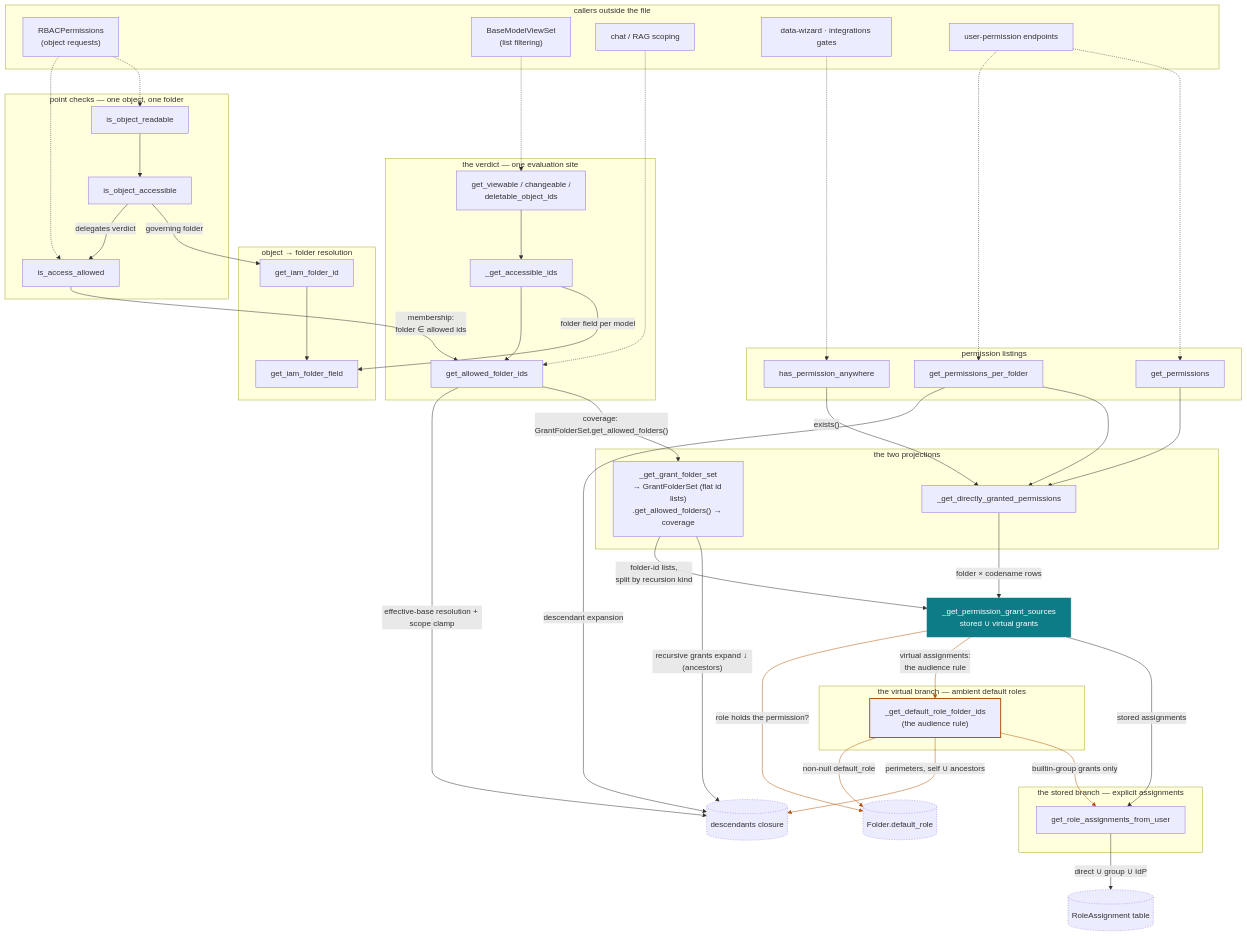
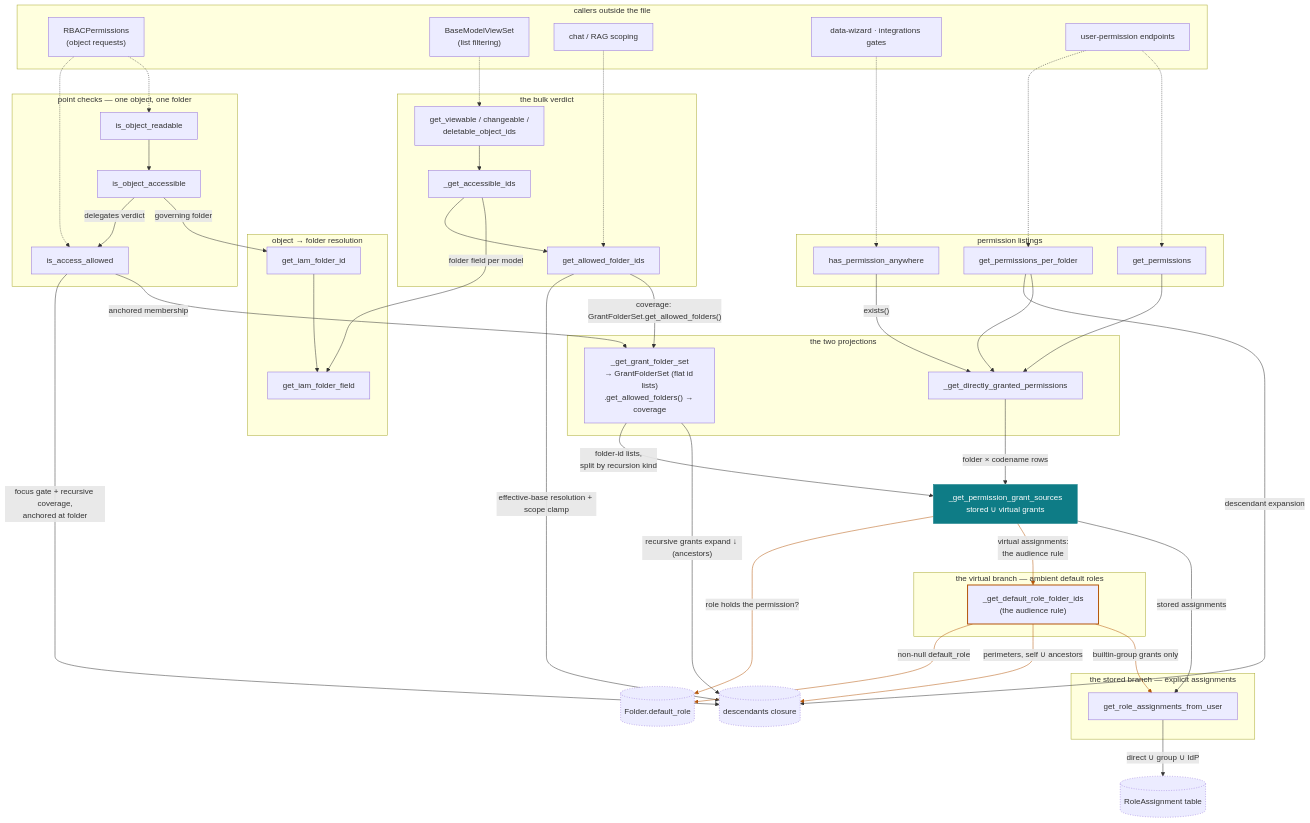
The diagram in documentation/architecture/iam-grant-resolution.md (intuitem/ciso-assistant-community), drawn with Mermaid before and after one commit. The commit also changed other lines of this file and 2 other files, not shown here.

Commit message:
restore the old is_access_allowed algorithm

````diff
--- a/documentation/architecture/iam-grant-resolution.md
+++ b/documentation/architecture/iam-grant-resolution.md
@@ -51,7 +60,7 @@
     GIFF["get_iam_folder_field"]
   end
 
-  subgraph BULK["the verdict — one evaluation site"]
+  subgraph BULK["the bulk verdict"]
     GVOI["get_viewable / changeable /<br/>deletable_object_ids"]
     GAI["_get_accessible_ids"]
     GAFI["get_allowed_folder_ids"]
@@ -94,7 +103,8 @@
   IOA -- "governing folder" --> GIFI
   GIFI --> GIFF
   IOA -- "delegates verdict" --> IAA
-  IAA -- "membership:<br/>folder ∈ allowed ids" --> GAFI
+  IAA -- "anchored membership" --> GFS
+  IAA -- "focus gate + recursive coverage,<br/>anchored at folder" --> CLO
 
   GVOI --> GAI
   GAI -- "folder field per model" --> GIFF
@@ -122,5 +132,5 @@
   DRF -- "perimeters, self ∪ ancestors" --> CLO
   DRF -- "non-null default_role" --> FDR
 
-  linkStyle 25,26,28,29,30 stroke:#B4550A
+  linkStyle 26,27,29,30,31 stroke:#B4550A
 ```
````
